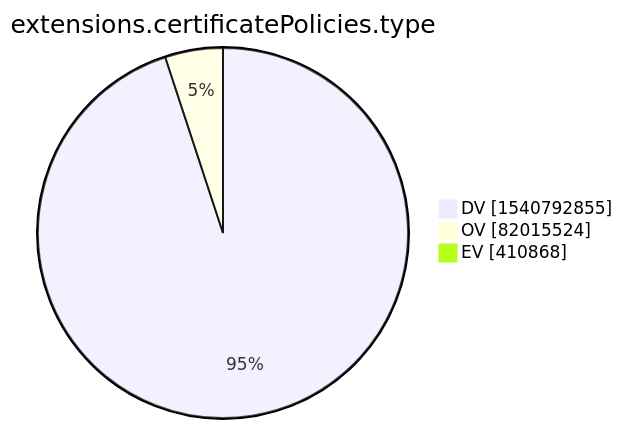
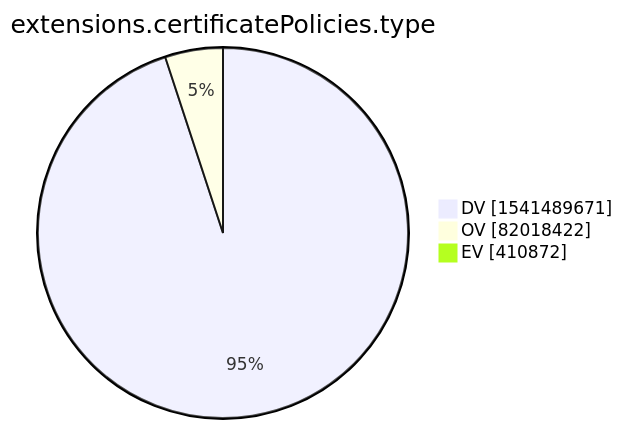
Before and after one commit to christiankrug/ctmonitor_visualization: the tenth of 15 diagrams in xenon2022/README.md, drawn with Mermaid. The commit also changed other lines of this file, not shown here.

````diff
--- a/xenon2022/README.md
+++ b/xenon2022/README.md
@@ -2876,7 +2876,7 @@
 ```mermaid
 pie showData
 title extensions.certificatePolicies.type
-"DV" :1540792855
-"OV" :82015524
-"EV" :410868
+"DV" :1541489671
+"OV" :82018422
+"EV" :410872
 ```
````
